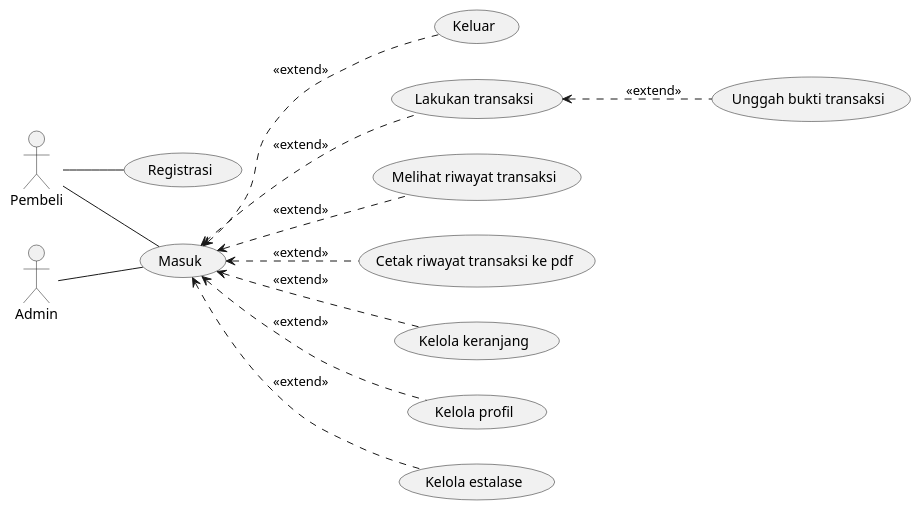
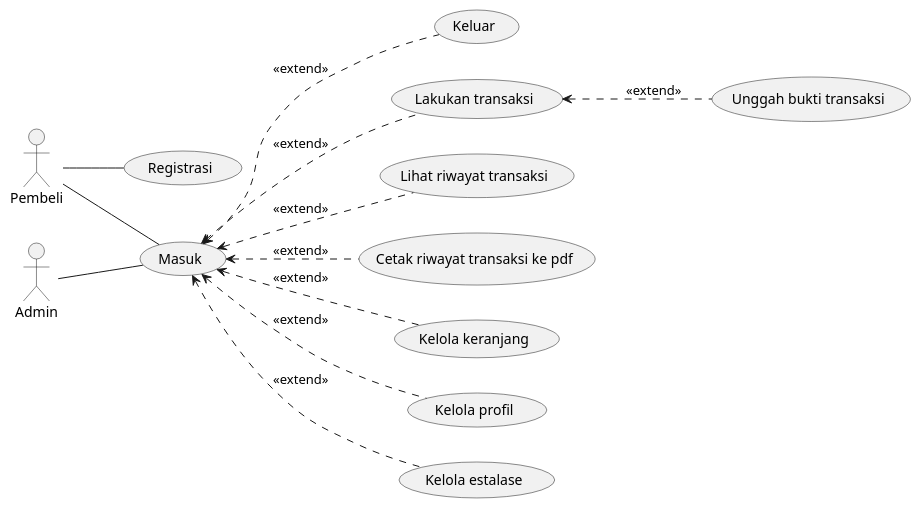
One commit to stnDinus/skpl_apbo_diagrams changed the diagram in use_case.puml. Above: the diagram before and after it, drawn with PlantUML.

Commit message:
style: trx_history wording

```diff
--- a/use_case.puml
+++ b/use_case.puml
@@ -1,34 +1,34 @@
 @startuml
 left to right direction
 
 actor Pembeli as usr
 actor Admin as root
 
 (Masuk) as signin
 (Registrasi) as signup
 (Keluar) as signout
 (Lakukan transaksi) as trx
 (Unggah bukti transaksi) as up_trx_receipt
-(Melihat riwayat transaksi) as trx_history
+(Lihat riwayat transaksi) as trx_history
 (Cetak riwayat transaksi ke pdf) as pdf_trx_history
 (Kelola keranjang) as mng_cart
 (Kelola profil) as mng_profile
 (Kelola estalase) as stock
 
 usr -- signin
 usr -- signup
 
 root -- signin
 
 signin <.. trx: <<extend>>
 signin <.. trx_history: <<extend>>
 signin <.. pdf_trx_history: <<extend>>
 signin <.. mng_cart: <<extend>>
 signin <.. mng_profile: <<extend>>
 signin <.. signout: <<extend>>
 
 trx <.. up_trx_receipt: <<extend>>
 
 signin <.. stock: <<extend>>
 
 @enduml
```
